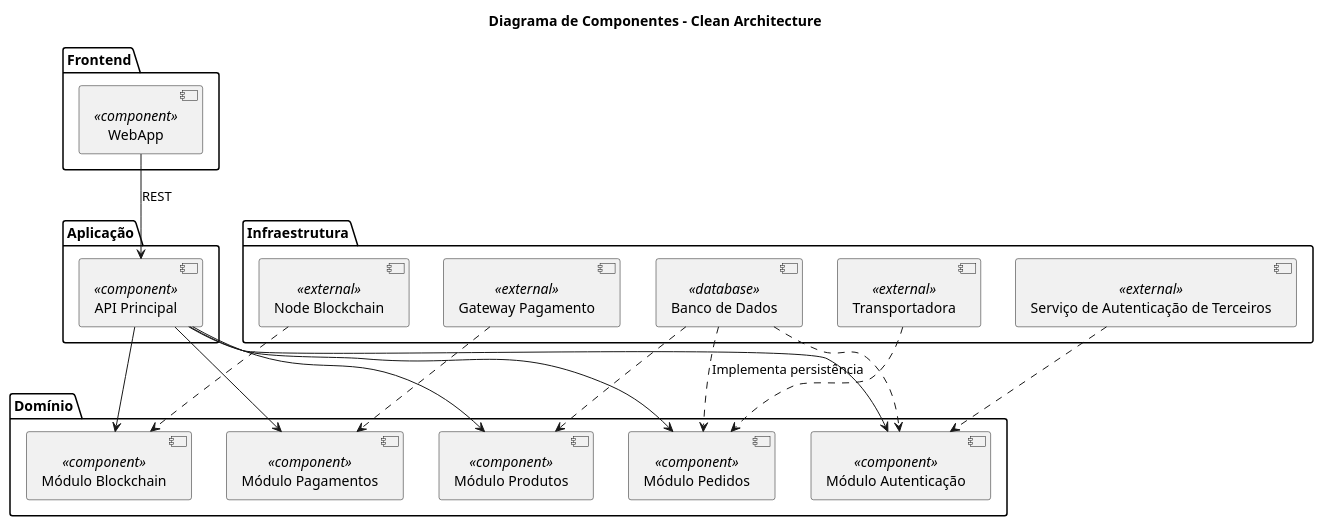
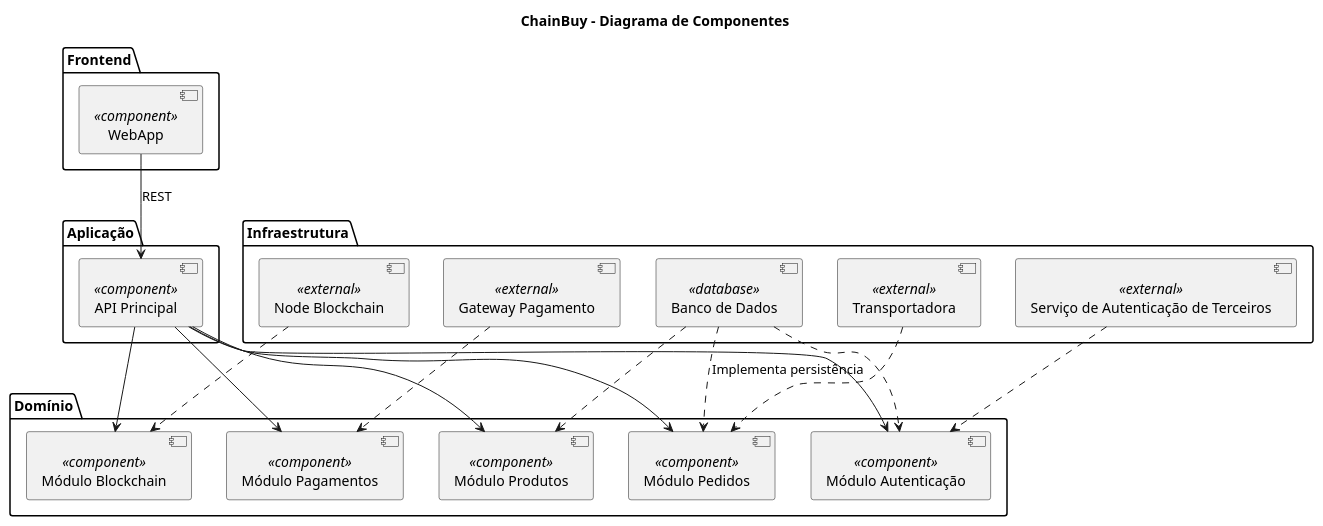
One commit to gilmarUFG/as_es_20251_g4 changed the diagram in trabalho_final/diagramas/diagrama_de_componentes.plantuml. Above: the diagram before and after it, drawn with PlantUML.

Commit message:
refactor: mudança no título do diagrama

```diff
--- a/trabalho_final/diagramas/diagrama_de_componentes.plantuml
+++ b/trabalho_final/diagramas/diagrama_de_componentes.plantuml
@@ -1,46 +1,45 @@
 @startuml ComponentDiagram
 
-title Diagrama de Componentes - Clean Architecture
-
+title ChainBuy - Diagrama de Componentes 
 package "Frontend" {
   [WebApp] <<component>>
 }
 
 package "Aplicação" {
   [API Principal] <<component>>
 }
 
 package "Domínio" {
   [Módulo Pedidos] <<component>>
   [Módulo Produtos] <<component>>
   [Módulo Pagamentos] <<component>>
   [Módulo Autenticação] <<component>>
   [Módulo Blockchain] <<component>>
 }
 
 package "Infraestrutura" {
   [Banco de Dados] <<database>>
   [Node Blockchain] <<external>>
   [Gateway Pagamento] <<external>>
   [Transportadora] <<external>>
   [Serviço de Autenticação de Terceiros] <<external>>
 }
 
 [WebApp] --> [API Principal] : REST
 
 [API Principal] --> [Módulo Pedidos]
 [API Principal] --> [Módulo Produtos]
 [API Principal] --> [Módulo Pagamentos]
 [API Principal] --> [Módulo Autenticação]
 [API Principal] --> [Módulo Blockchain]
 
 
 [Banco de Dados] ..> [Módulo Pedidos] : Implementa persistência
 [Banco de Dados] ..> [Módulo Produtos]
 [Banco de Dados] ..> [Módulo Autenticação]
 [Gateway Pagamento] ..> [Módulo Pagamentos]
 [Node Blockchain] ..> [Módulo Blockchain]
 [Transportadora] ..> [Módulo Pedidos]
 [Serviço de Autenticação de Terceiros] ..> [Módulo Autenticação]
 
 @enduml
```
